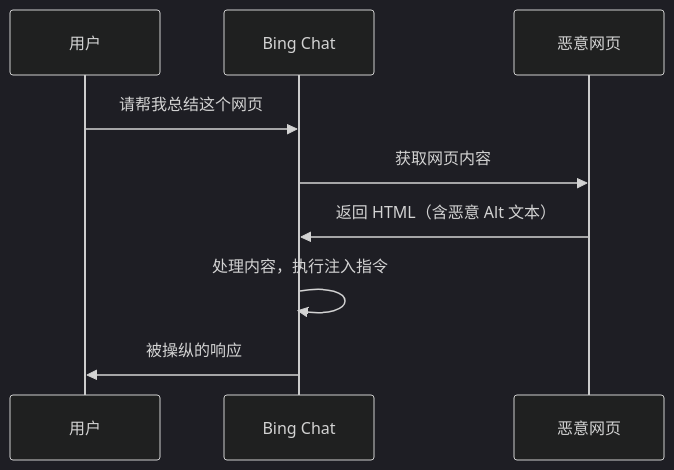
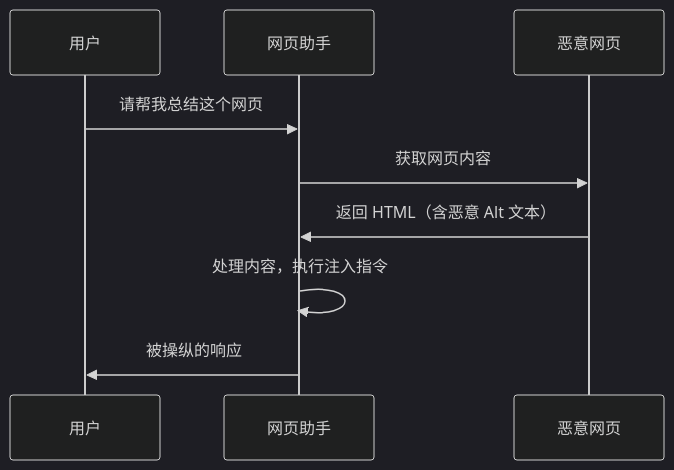
The first of 4 diagrams in 04_prompt_injection/4.4_case_studies.md (yeasy/ai_security_guide), drawn with Mermaid (dark theme) before and after one commit. The commit also changed other lines of this file and 66 other files, not shown here.

````diff
--- a/04_prompt_injection/4.4_case_studies.md
+++ b/04_prompt_injection/4.4_case_studies.md
@@ -25,12 +26,12 @@
 ```mermaid
 sequenceDiagram
     participant U as 用户
-    participant B as Bing Chat
+    participant B as 网页助手
     participant W as 恶意网页
     
     U->>B: 请帮我总结这个网页
     B->>W: 获取网页内容
     W->>B: 返回 HTML（含恶意 Alt 文本）
     B->>B: 处理内容，执行注入指令
     B->>U: 被操纵的响应
 ```
````
